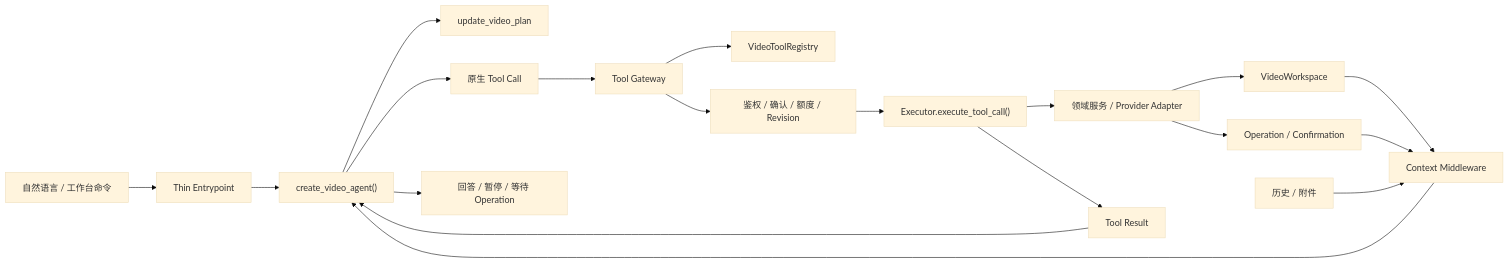
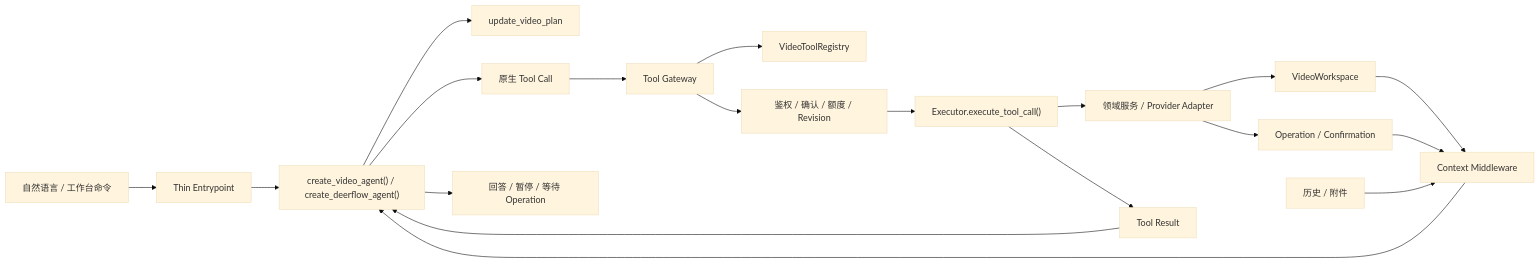
The diagram in docs/superpowers/specs/2026-08-12-native-video-agent-design.md (joyslxd/pixelflow), drawn with Mermaid (base theme) before and after one commit. The commit also changed other lines of this file, not shown here.

Commit message:
docs: align video agent with deerflow runtime

```diff
--- a/docs/superpowers/specs/2026-08-12-native-video-agent-design.md
+++ b/docs/superpowers/specs/2026-08-12-native-video-agent-design.md
@@ -56,21 +56,21 @@
 ~~~mermaid
 flowchart LR
   U["自然语言 / 工作台命令"] --> T["Thin Entrypoint"]
-  T --> A["create_video_agent()"]
+  T --> A["create_video_agent() / create_deerflow_agent()"]
   W["VideoWorkspace"] --> C["Context Middleware"]
   O["Operation / Confirmation"] --> C
   H["历史 / 附件"] --> C
   C --> A
   A --> P["update_video_plan"]
   A --> TC["原生 Tool Call"]
   TC --> G["Tool Gateway"]
   G --> R["VideoToolRegistry"]
   G --> B["鉴权 / 确认 / 额度 / Revision"]
   B --> E["Executor.execute_tool_call()"]
   E --> D["领域服务 / Provider Adapter"]
   D --> W
   D --> O
   E --> TR["Tool Result"]
   TR --> A
   A --> OUT["回答 / 暂停 / 等待 Operation"]
 ~~~
```
